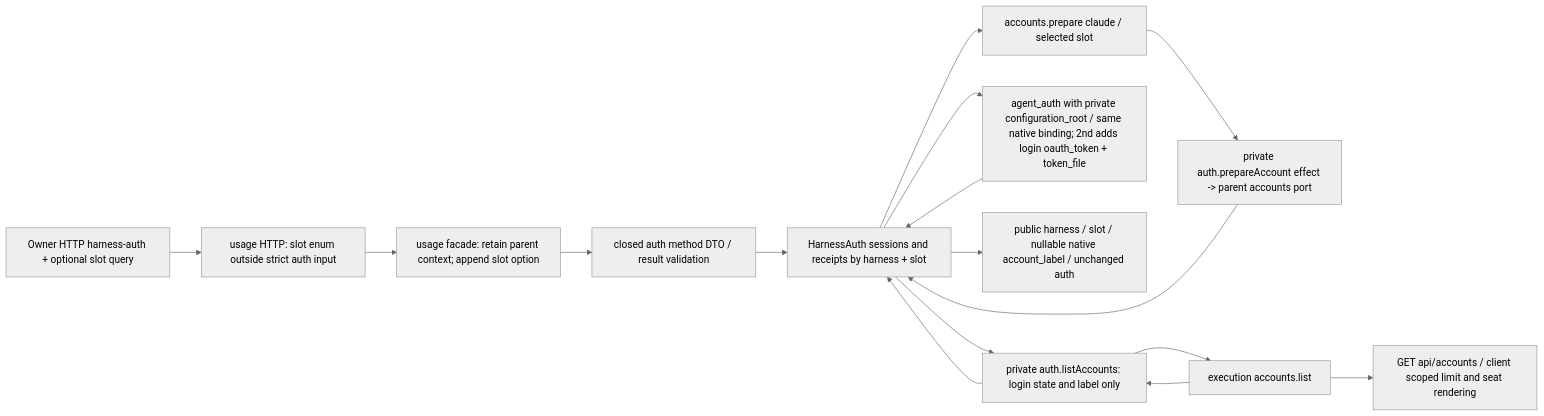
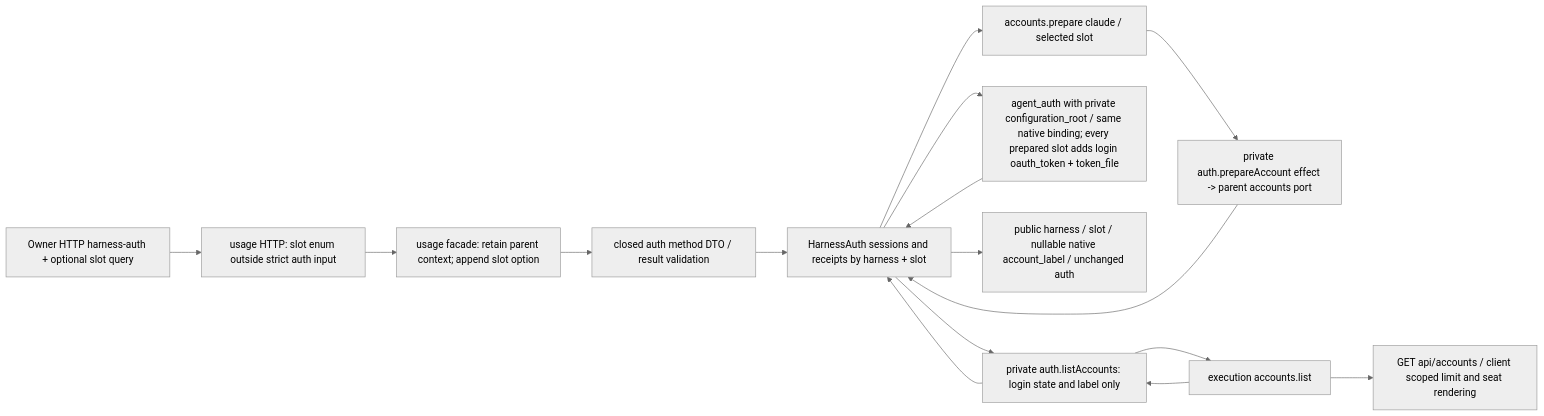
Before and after one commit to kitepon/BellTeam: the diagram in docs/architecture/modules/usage/harness-accounts.md, drawn with Mermaid (neutral theme). The commit also changed other lines of this file and 7 other files, not shown here.

First line of the commit message:
usage: one login per slot - every Claude slot logs in from prepared tokenFile

````diff
--- a/docs/architecture/modules/usage/harness-accounts.md
+++ b/docs/architecture/modules/usage/harness-accounts.md
@@ -7,18 +7,18 @@
 ```mermaid
 flowchart LR
   Web[Owner HTTP harness-auth + optional slot query] --> API[usage HTTP: slot enum outside strict auth input]
   API --> Facade[usage facade: retain parent context; append slot option]
   Facade --> Schema[closed auth method DTO / result validation]
   Schema --> Auth[HarnessAuth sessions and receipts by harness + slot]
   Auth --> Prepare[accounts.prepare claude / selected slot]
   Prepare --> Private[private auth.prepareAccount effect -> parent accounts port]
   Private --> Auth
-  Auth --> Native[agent_auth with private configuration_root / same native binding; 2nd adds login oauth_token + token_file]
+  Auth --> Native[agent_auth with private configuration_root / same native binding; every prepared slot adds login oauth_token + token_file]
   Native --> Auth
   Auth --> View[public harness / slot / nullable native account_label / unchanged auth]
   Auth --> Login[private auth.listAccounts: login state and label only]
   Login --> Accounts[execution accounts.list]
   Accounts --> Login
   Login --> Auth
   Accounts --> Card[GET api/accounts / client scoped limit and seat rendering]
 ```
````
